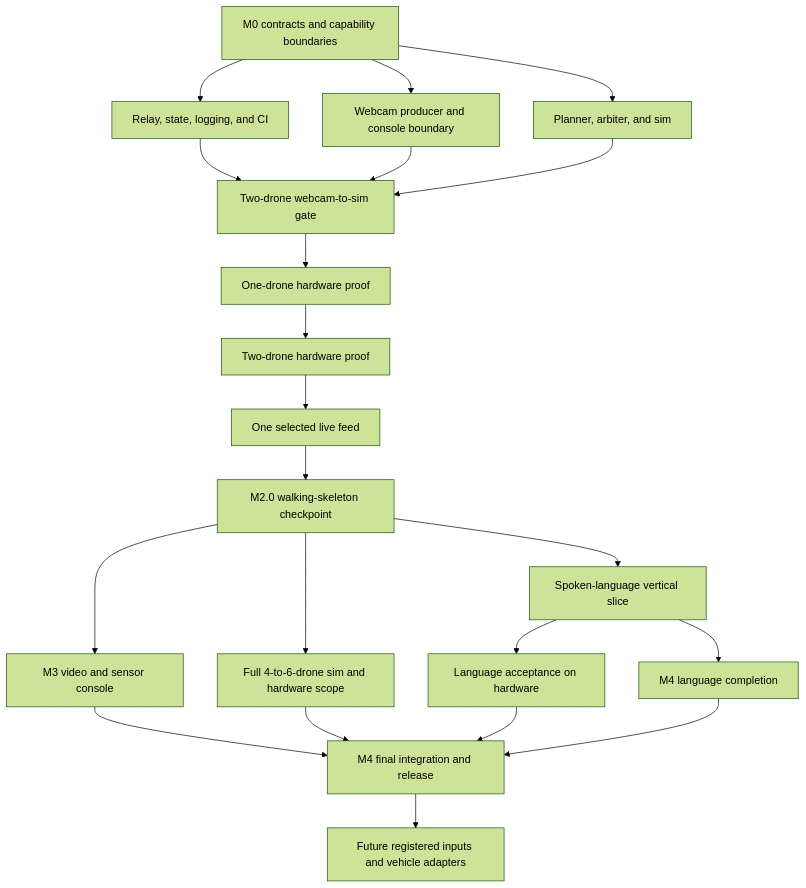
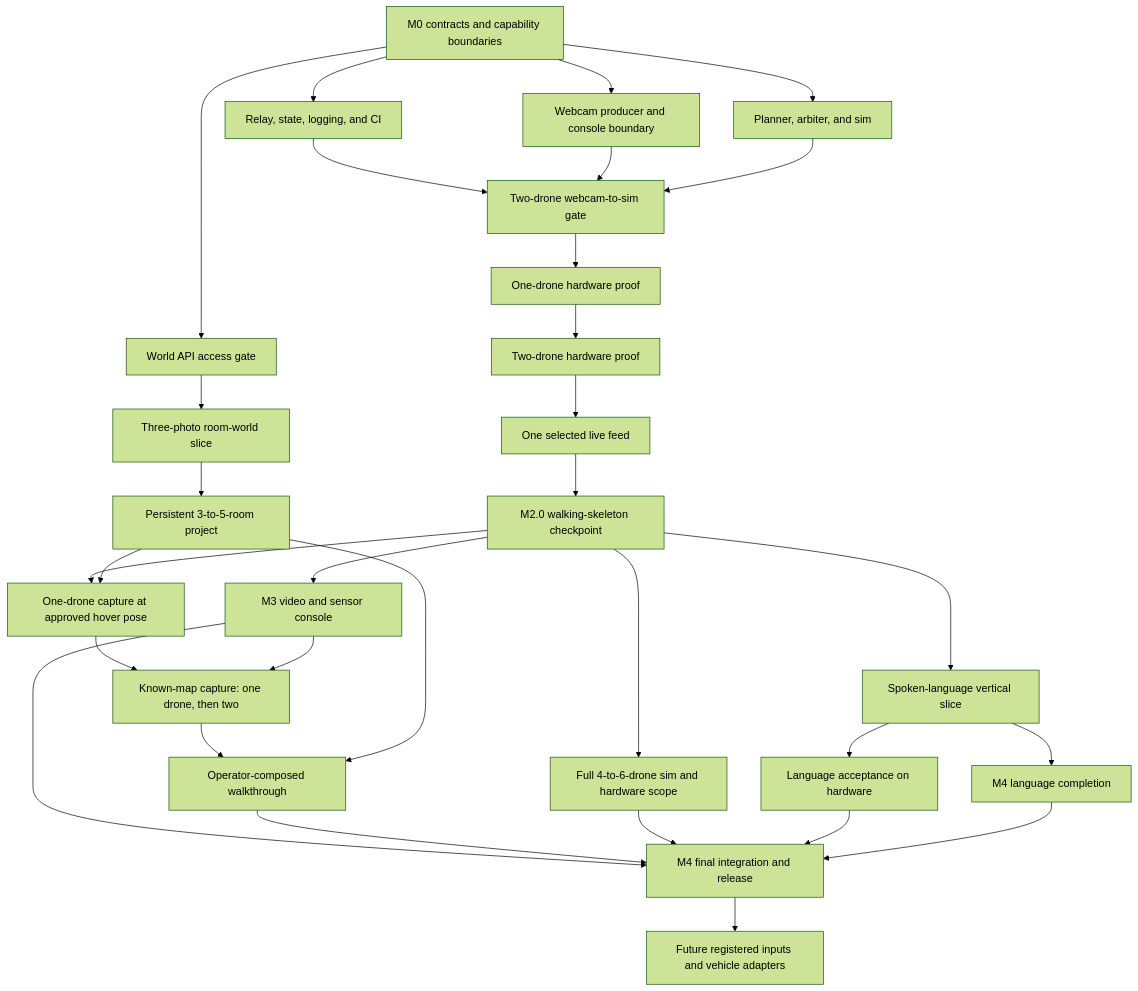
One commit to worldofhacks/sweep changed the diagram in docs/mvp-plan.md. Above: the diagram before and after it, drawn with Mermaid (forest theme). The commit also changed other lines of this file and 4 other files, not shown here.

Commit message:
docs: add Marble room capture MVP

````diff
--- a/docs/mvp-plan.md
+++ b/docs/mvp-plan.md
@@ -11,23 +11,33 @@
 ```mermaid
 flowchart TD
     m0[M0 contracts and capability boundaries] --> relay[Relay, state, logging, and CI]
+    m0 --> worldapi[World API access gate]
+    worldapi --> phone[Three-photo room-world slice]
+    phone --> rooms[Persistent 3-to-5-room project]
     m0 --> webcam[Webcam producer and console boundary]
     m0 --> autonomy[Planner, arbiter, and sim]
     relay --> simgate[Two-drone webcam-to-sim gate]
     webcam --> simgate
     autonomy --> simgate
     simgate --> hw1[One-drone hardware proof]
     hw1 --> hw2[Two-drone hardware proof]
     hw2 --> feed[One selected live feed]
     feed --> m20[M2.0 walking-skeleton checkpoint]
+    m20 --> dronecap[One-drone capture at approved hover pose]
+    rooms --> dronecap
     m20 --> speech[Spoken-language vertical slice]
     m20 --> scale[Full 4-to-6-drone sim and hardware scope]
     m20 --> video[M3 video and sensor console]
+    dronecap --> knownmap[Known-map capture: one drone, then two]
+    video --> knownmap
     speech --> hwlang[Language acceptance on hardware]
     speech --> langfull[M4 language completion]
+    knownmap --> compose[Operator-composed walkthrough]
+    rooms --> compose
     video --> release[M4 final integration and release]
+    compose --> release
     scale --> release
     hwlang --> release
     langfull --> release
     release --> future[Future registered inputs and vehicle adapters]
 ```
````
